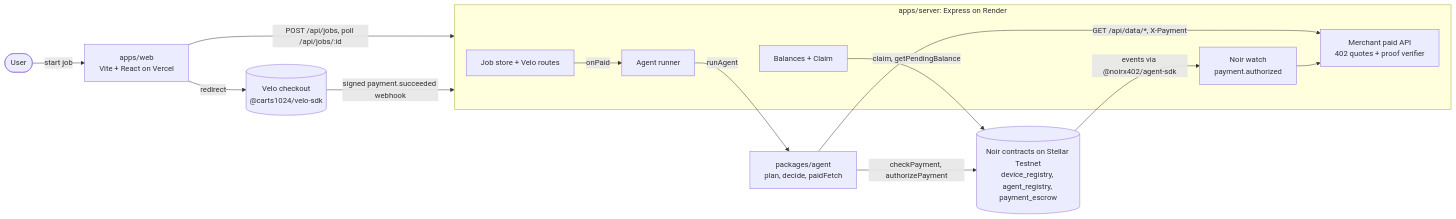
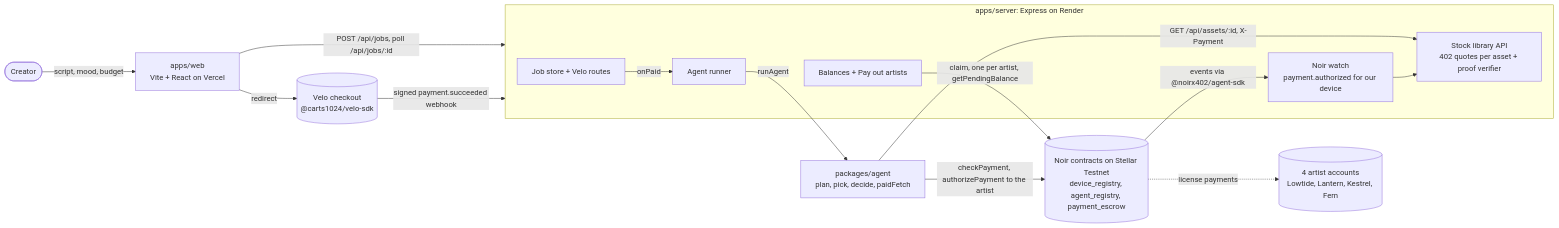
The first of 2 diagrams in docs/architecture.md (dnlaldrn/ClipPass), drawn with Mermaid before and after one commit. The commit also changed other lines of this file and 2 other files, not shown here.

Commit message:
docs: ClipPass README, architecture and fresh Testnet proof

````diff
--- a/docs/architecture.md
+++ b/docs/architecture.md
@@ -3,23 +3,24 @@
 ```mermaid
 flowchart LR
-  user([User]) -->|start job| web[apps/web<br/>Vite + React on Vercel]
+  user([Creator]) -->|script, mood, budget| web[apps/web<br/>Vite + React on Vercel]
   web -->|POST /api/jobs, poll /api/jobs/:id| server
   web -->|redirect| velo[(Velo checkout<br/>@carts1024/velo-sdk)]
   velo -->|signed payment.succeeded webhook| server
 
   subgraph server[apps/server: Express on Render]
     jobs[Job store + Velo routes]
     runner[Agent runner]
-    merchant[Merchant paid API<br/>402 quotes + proof verifier]
-    watch[Noir watch<br/>payment.authorized]
-    claim[Balances + Claim]
+    library[Stock library API<br/>402 quotes per asset + proof verifier]
+    watch[Noir watch<br/>payment.authorized for our device]
+    payout[Balances + Pay out artists]
   end
 
   jobs -->|onPaid| runner
-  runner -->|runAgent| agent[packages/agent<br/>plan, decide, paidFetch]
-  agent -->|GET /api/data/*, X-Payment| merchant
-  agent -->|checkPayment, authorizePayment| noir[(Noir contracts on Stellar Testnet<br/>device_registry, agent_registry, payment_escrow)]
+  runner -->|runAgent| agent[packages/agent<br/>plan, pick, decide, paidFetch]
+  agent -->|GET /api/assets/:id, X-Payment| library
+  agent -->|checkPayment, authorizePayment to the artist| noir[(Noir contracts on Stellar Testnet<br/>device_registry, agent_registry, payment_escrow)]
   noir -->|events via @noirx402/agent-sdk| watch
-  watch --> merchant
-  claim -->|claim, getPendingBalance| noir
+  watch --> library
+  payout -->|claim, one per artist, getPendingBalance| noir
+  noir -.->|license payments| artists[(4 artist accounts<br/>Lowtide, Lantern, Kestrel, Fern)]
 ```
````
